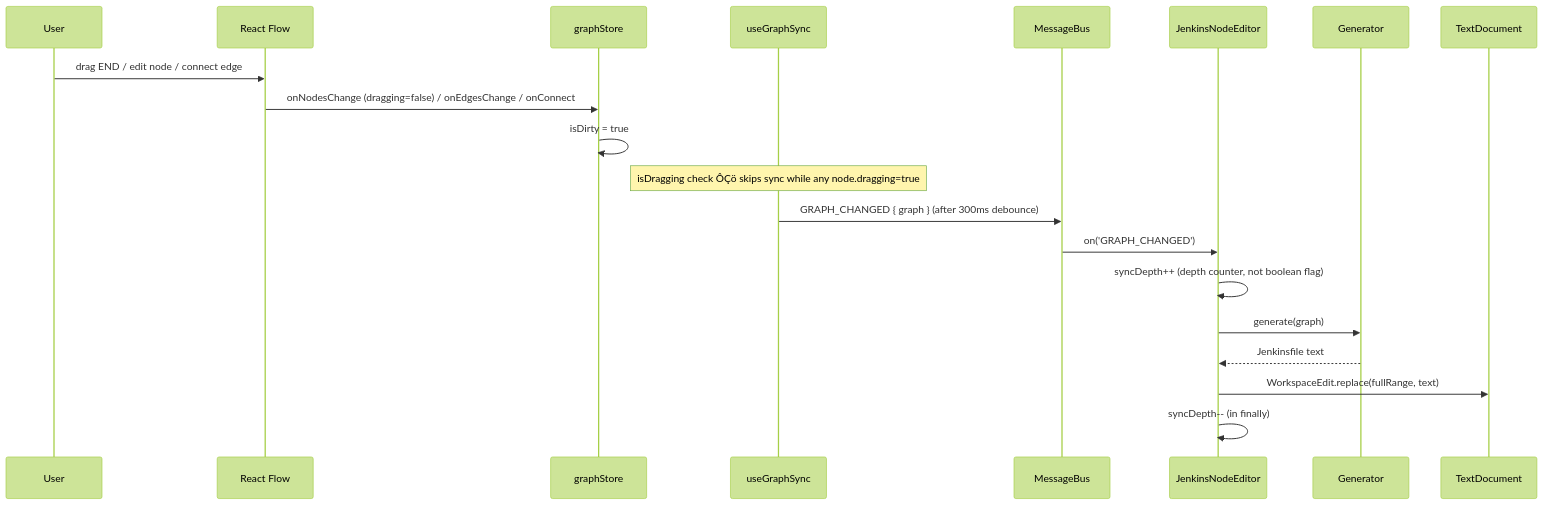
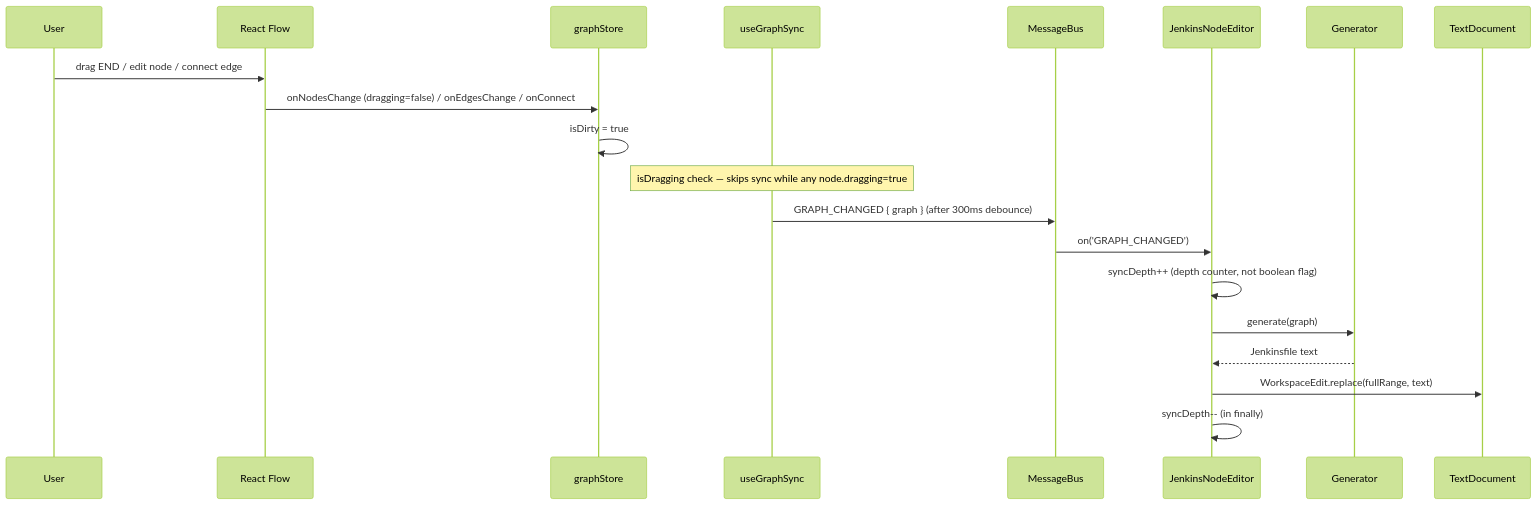
The third of 5 diagrams in README.md (PlanesZwalker/vscode-jenkins-node-editor), drawn with Mermaid (forest theme) before and after one commit. The commit also changed other lines of this file, not shown here.

````diff
--- a/README.md
+++ b/README.md
@@ -201,23 +201,23 @@
 ```mermaid
 sequenceDiagram
     participant User
     participant RF as React Flow
     participant Store as graphStore
     participant Sync as useGraphSync
     participant Bus as MessageBus
     participant JNE as JenkinsNodeEditor
     participant Gen as Generator
     participant Doc as TextDocument
 
     User->>RF: drag END / edit node / connect edge
     RF->>Store: onNodesChange (dragging=false) / onEdgesChange / onConnect
     Store->>Store: isDirty = true
-    Note over Sync: isDragging check ÔÇö skips sync while any node.dragging=true
+    Note over Sync: isDragging check — skips sync while any node.dragging=true
     Sync->>Bus: GRAPH_CHANGED { graph } (after 300ms debounce)
     Bus->>JNE: on('GRAPH_CHANGED')
     JNE->>JNE: syncDepth++ (depth counter, not boolean flag)
     JNE->>Gen: generate(graph)
     Gen-->>JNE: Jenkinsfile text
     JNE->>Doc: WorkspaceEdit.replace(fullRange, text)
     JNE->>JNE: syncDepth-- (in finally)
 ```
````
